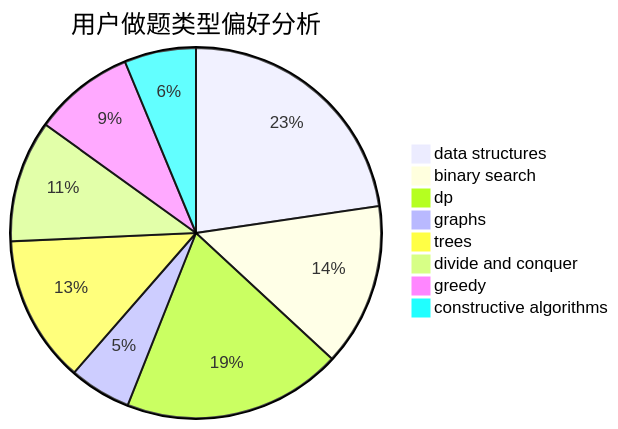
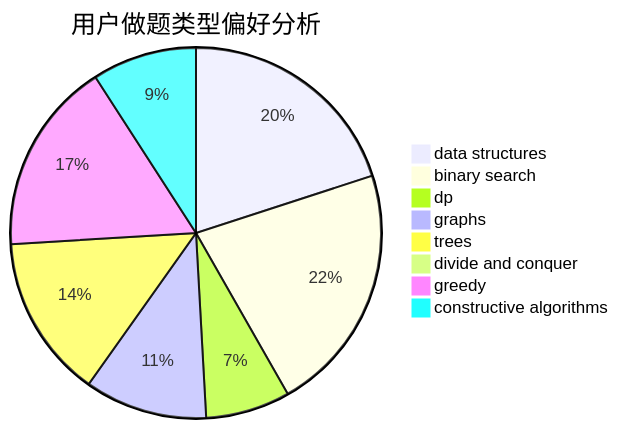
Before and after one commit to sherpahu/cfrs.github.io: the second of 3 diagrams in docs/user/u1576.md, drawn with Mermaid. The commit also changed other lines of this file and 2770 other files, not shown here.

````diff
--- a/docs/user/u1576.md
+++ b/docs/user/u1576.md
@@ -23,11 +23,11 @@
 ```mermaid
 pie title 用户做题类型偏好分析
-    "data structures" :  134
-    "binary search" :  84
-    "dp" :  113
-    "graphs" :  32
-    "trees" :  76
-    "divide and conquer" :  63
-    "greedy" :  52
-    "constructive algorithms" :  37
+    "data structures" :  114
+    "binary search" :  124
+    "dp" :  42
+    "graphs" :  61
+    "trees" :  81
+    "divide and conquer" :  1
+    "greedy" :  96
+    "constructive algorithms" :  52
 ```
````
